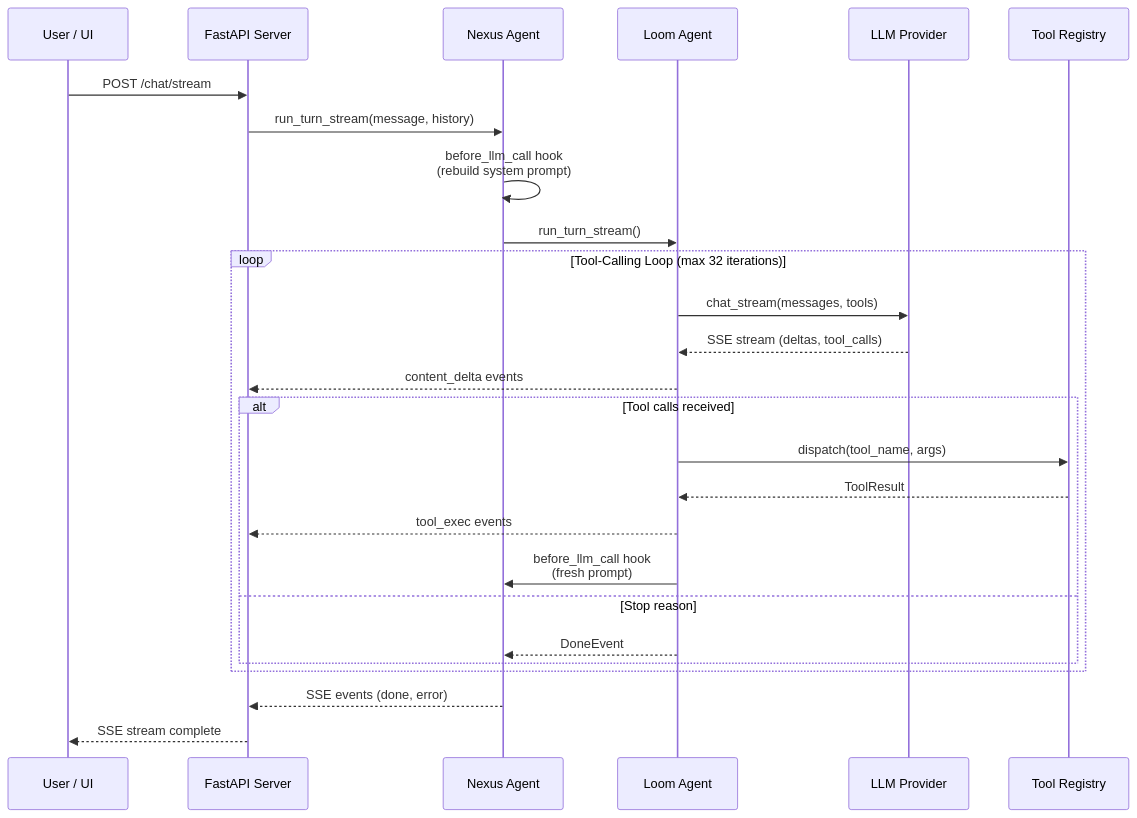
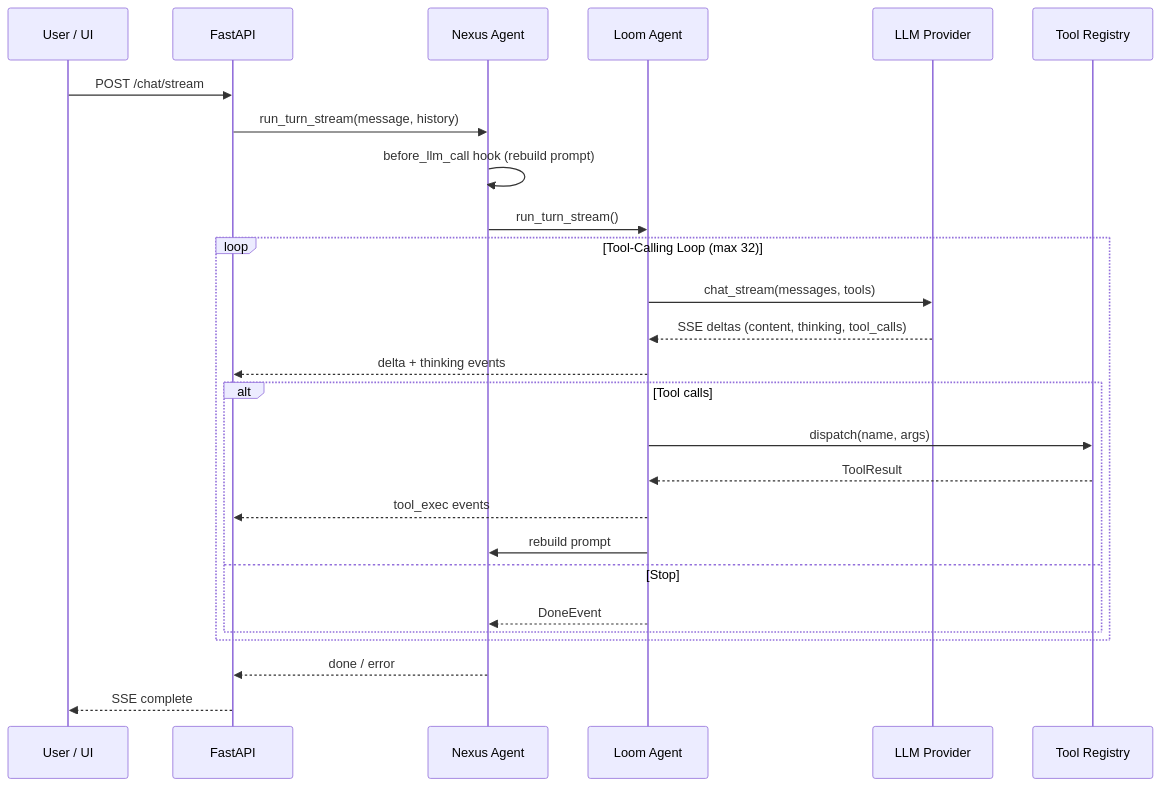
The second of 11 diagrams in README.md (NinoCoelho/nexus), drawn with Mermaid before and after one commit. The commit also changed other lines of this file and 1 other file, not shown here.

````diff
--- a/README.md
+++ b/README.md
@@ -238,32 +212,32 @@
 ```mermaid
 sequenceDiagram
     participant U as User / UI
-    participant S as FastAPI Server
+    participant S as FastAPI
     participant A as Nexus Agent
     participant L as Loom Agent
     participant P as LLM Provider
     participant T as Tool Registry
 
     U->>S: POST /chat/stream
     S->>A: run_turn_stream(message, history)
-    A->>A: before_llm_call hook<br/>(rebuild system prompt)
+    A->>A: before_llm_call hook (rebuild prompt)
     A->>L: run_turn_stream()
-    
-    loop Tool-Calling Loop (max 32 iterations)
+
+    loop Tool-Calling Loop (max 32)
         L->>P: chat_stream(messages, tools)
-        P-->>L: SSE stream (deltas, tool_calls)
-        L-->>S: content_delta events
-        
-        alt Tool calls received
-            L->>T: dispatch(tool_name, args)
+        P-->>L: SSE deltas (content, thinking, tool_calls)
+        L-->>S: delta + thinking events
+
+        alt Tool calls
+            L->>T: dispatch(name, args)
             T-->>L: ToolResult
             L-->>S: tool_exec events
-            L->>A: before_llm_call hook<br/>(fresh prompt)
-        else Stop reason
+            L->>A: rebuild prompt
+        else Stop
             L-->>A: DoneEvent
         end
     end
-    
-    A-->>S: SSE events (done, error)
-    S-->>U: SSE stream complete
+
+    A-->>S: done / error
+    S-->>U: SSE complete
 ```
````
